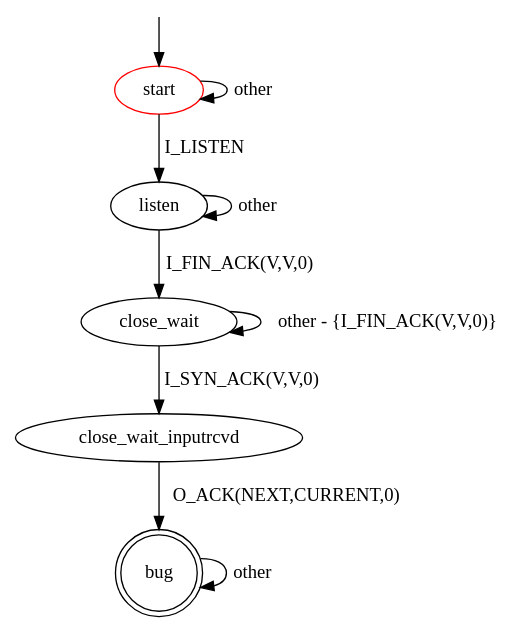
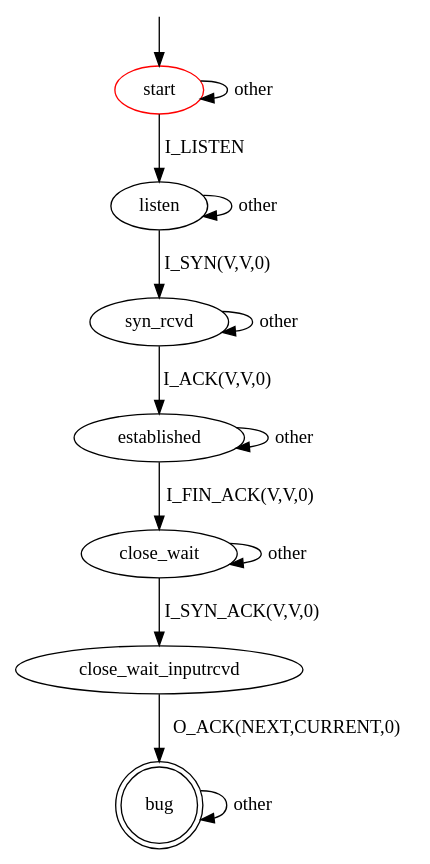
Before and after one commit to assist-project/state-machine-bug-finder: the diagram in src/main/resources/patterns/tcp/server/invalid_response_to_synack_close_wait_time_wait.dot, drawn with Graphviz. The commit also changed other lines of this file and 3 other files, not shown here.

```diff
--- a/src/main/resources/patterns/tcp/server/invalid_response_to_synack_close_wait_time_wait.dot
+++ b/src/main/resources/patterns/tcp/server/invalid_response_to_synack_close_wait_time_wait.dot
@@ -1,18 +1,22 @@
 digraph G {
 label=""
 start [color="red"]
 bug [shape="doublecircle"]
 
 start -> start [label="other"]
 start -> listen [label="I_LISTEN"]
 listen -> listen [label="other"]
-listen -> close_wait [label="I_FIN_ACK(V,V,0)"]
-close_wait -> close_wait [label="other - {I_FIN_ACK(V,V,0)}"]
+listen -> syn_rcvd [label="I_SYN(V,V,0)"]
+syn_rcvd -> syn_rcvd [label="other"]
+syn_rcvd -> established [label="I_ACK(V,V,0)"]
+established -> established [label="other"]
+established -> close_wait [label="I_FIN_ACK(V,V,0)"]
+close_wait -> close_wait [label="other"]
 close_wait -> close_wait_inputrcvd [label="I_SYN_ACK(V,V,0)"]
 close_wait_inputrcvd -> bug [label="O_ACK(NEXT,CURRENT,0)"]
 
 bug -> bug [label="other"]
 
 __start0 [label="" shape="none" width="0" height="0"];
 __start0 -> start;
 }
```
